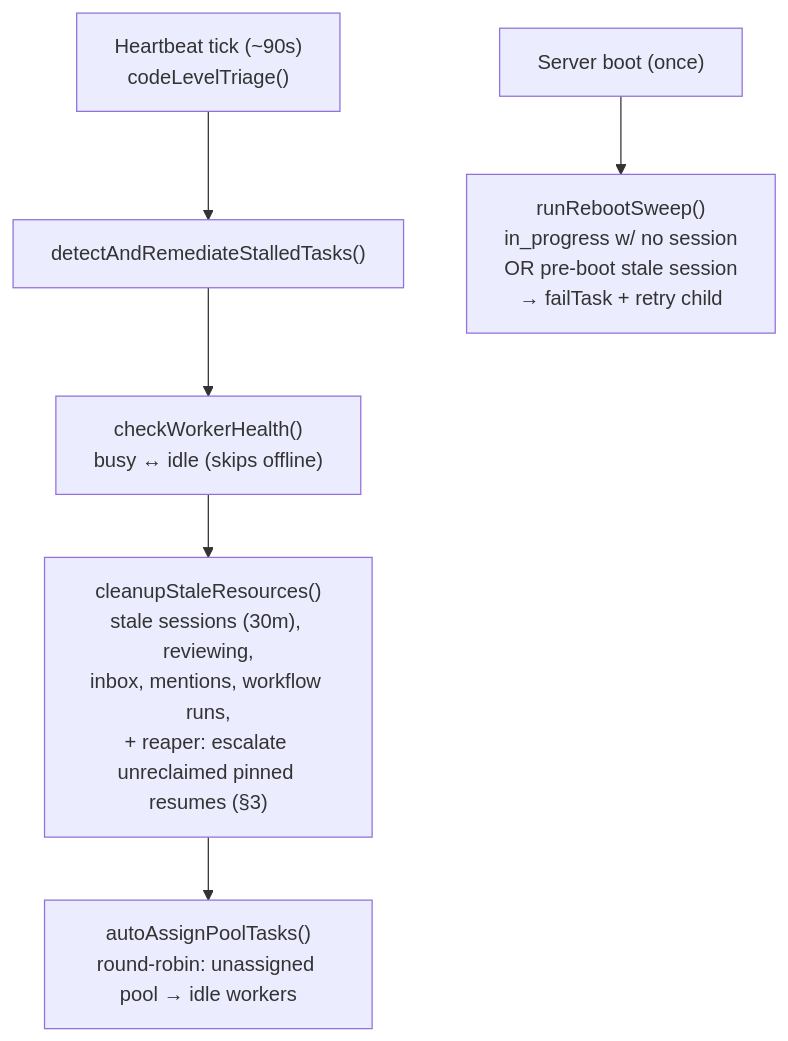
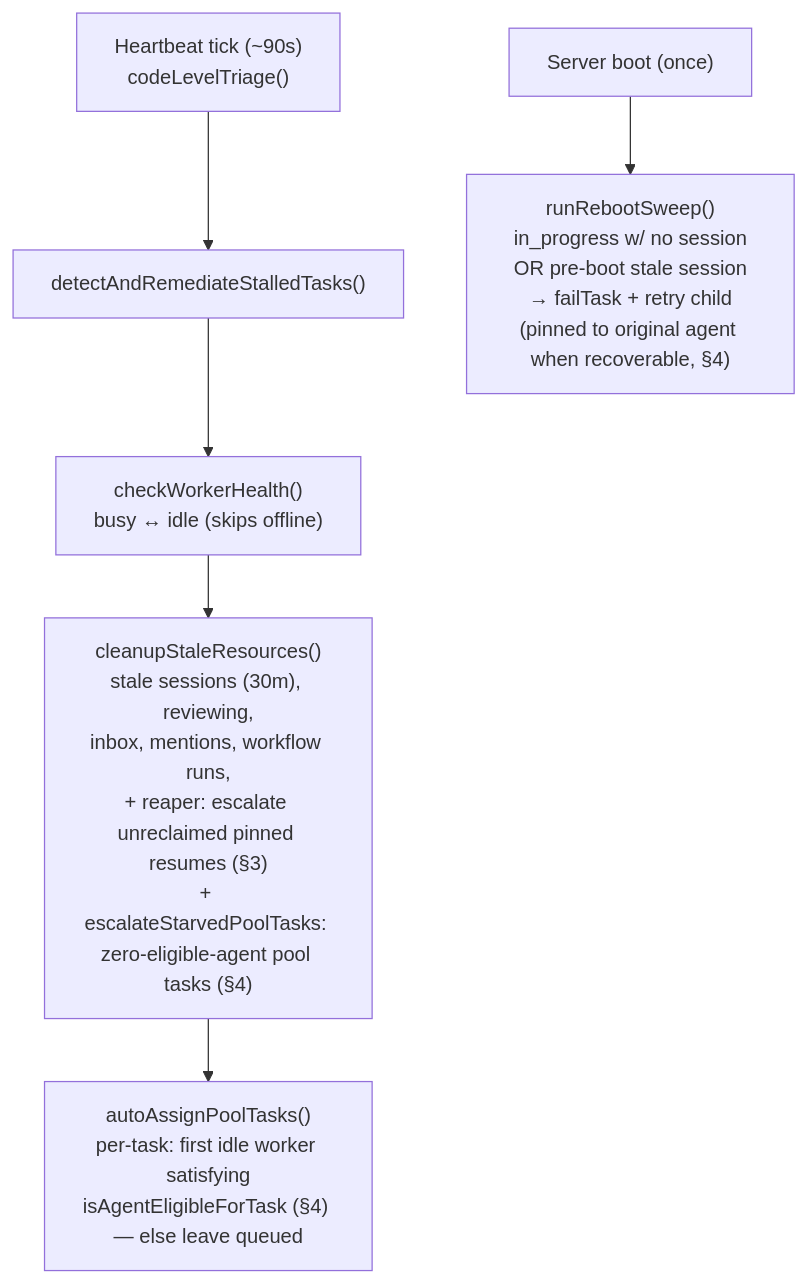
Before and after one commit to desplega-ai/agent-swarm: the first of 4 diagrams in runbooks/heartbeat-crash-recovery.md, drawn with Mermaid. The commit also changed other lines of this file and 2 other files, not shown here.

````diff
--- a/runbooks/heartbeat-crash-recovery.md
+++ b/runbooks/heartbeat-crash-recovery.md
@@ -13,9 +13,9 @@
 ```mermaid
 flowchart TD
   tick["Heartbeat tick (~90s)<br/>codeLevelTriage()"] --> detect["detectAndRemediateStalledTasks()"]
   detect --> health["checkWorkerHealth()<br/>busy ↔ idle (skips offline)"]
-  health --> cleanup["cleanupStaleResources()<br/>stale sessions (30m), reviewing,<br/>inbox, mentions, workflow runs,<br/>+ reaper: escalate unreclaimed pinned resumes (§3)"]
-  cleanup --> assign["autoAssignPoolTasks()<br/>round-robin: unassigned pool → idle workers"]
+  health --> cleanup["cleanupStaleResources()<br/>stale sessions (30m), reviewing,<br/>inbox, mentions, workflow runs,<br/>+ reaper: escalate unreclaimed pinned resumes (§3)<br/>+ escalateStarvedPoolTasks: zero-eligible-agent pool tasks (§4)"]
+  cleanup --> assign["autoAssignPoolTasks()<br/>per-task: first idle worker satisfying<br/>isAgentEligibleForTask (§4) — else leave queued"]
 
-  boot["Server boot (once)"] --> reboot["runRebootSweep()<br/>in_progress w/ no session<br/>OR pre-boot stale session<br/>→ failTask + retry child"]
+  boot["Server boot (once)"] --> reboot["runRebootSweep()<br/>in_progress w/ no session<br/>OR pre-boot stale session<br/>→ failTask + retry child<br/>(pinned to original agent when recoverable, §4)"]
 ```
````
